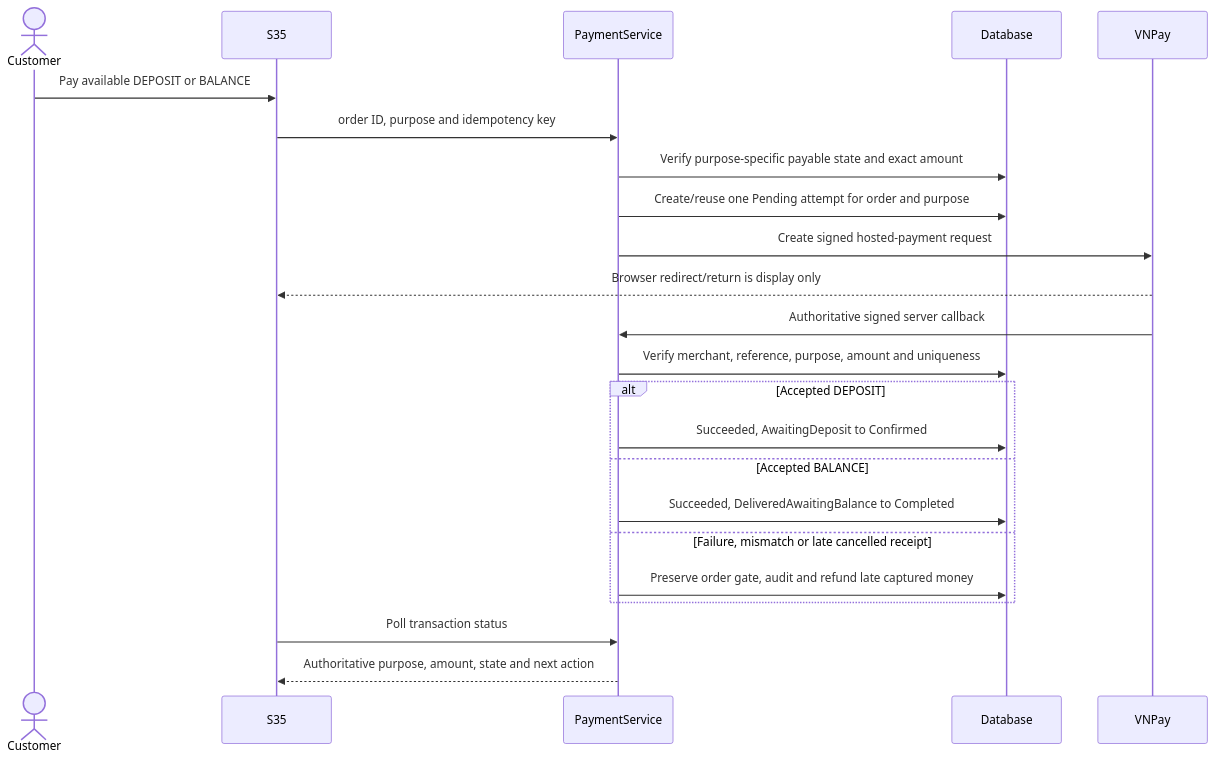
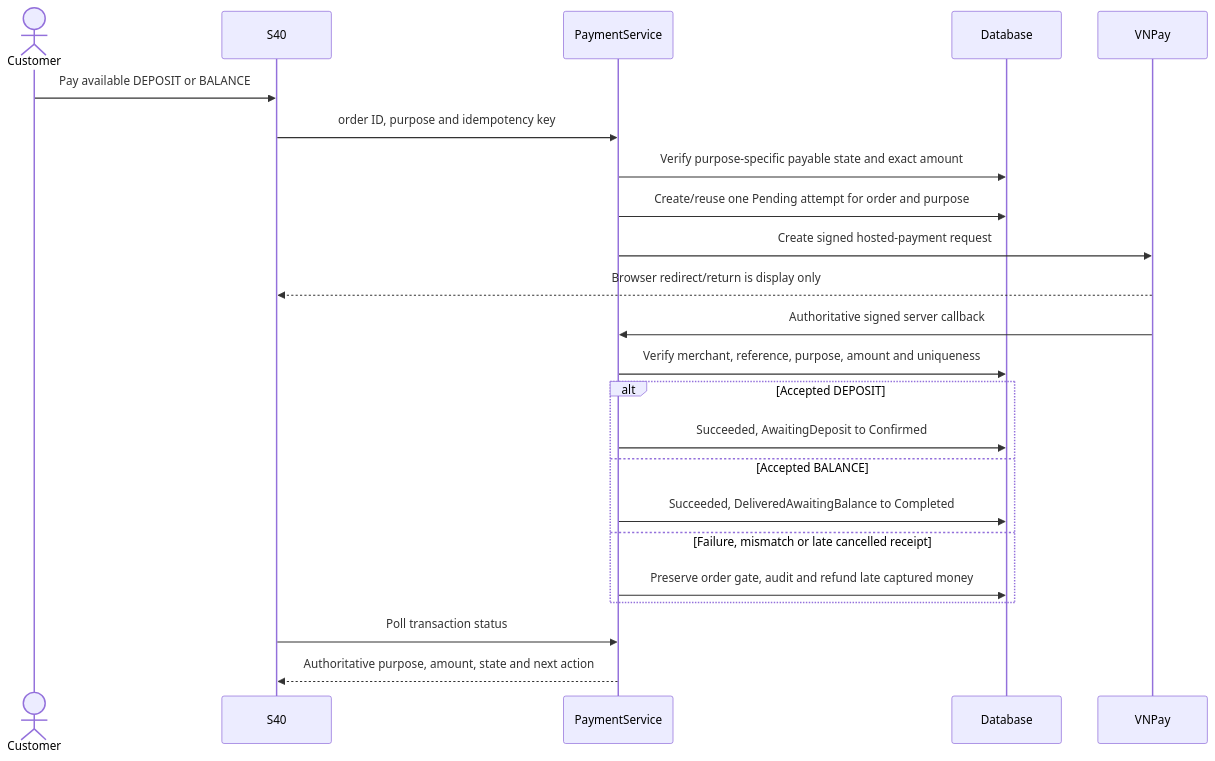
Diagram 11 of 18 in docs/spec/docs/architecture/sequence.md (ankhanhwork/weavelink-project), drawn with Mermaid before and after one commit. The commit also changed other lines of this file and 235 other files, not shown here.

````diff
--- a/docs/spec/docs/architecture/sequence.md
+++ b/docs/spec/docs/architecture/sequence.md
@@ -275,26 +294,26 @@
 ```mermaid
 sequenceDiagram
     actor Customer
-    participant PaymentUI as S35
+    participant PaymentUI as S40
     participant PaymentService
     participant Database
     participant VNPay
 
     Customer->>PaymentUI: Pay available DEPOSIT or BALANCE
     PaymentUI->>PaymentService: order ID, purpose and idempotency key
     PaymentService->>Database: Verify purpose-specific payable state and exact amount
     PaymentService->>Database: Create/reuse one Pending attempt for order and purpose
     PaymentService->>VNPay: Create signed hosted-payment request
     VNPay-->>PaymentUI: Browser redirect/return is display only
     VNPay->>PaymentService: Authoritative signed server callback
     PaymentService->>Database: Verify merchant, reference, purpose, amount and uniqueness
     alt Accepted DEPOSIT
         PaymentService->>Database: Succeeded, AwaitingDeposit to Confirmed
     else Accepted BALANCE
         PaymentService->>Database: Succeeded, DeliveredAwaitingBalance to Completed
     else Failure, mismatch or late cancelled receipt
         PaymentService->>Database: Preserve order gate, audit and refund late captured money
     end
     PaymentUI->>PaymentService: Poll transaction status
     PaymentService-->>PaymentUI: Authoritative purpose, amount, state and next action
 ```
````
